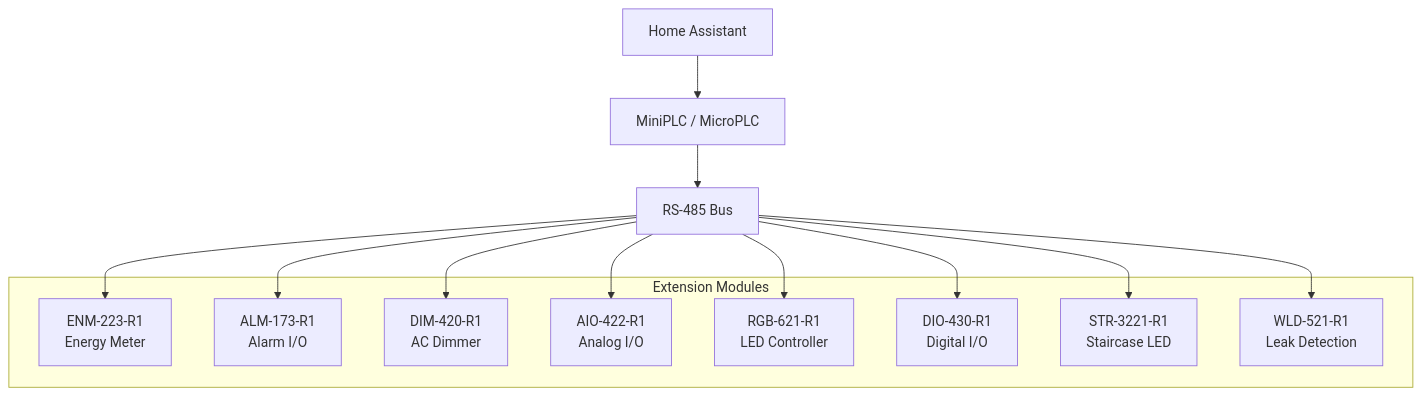
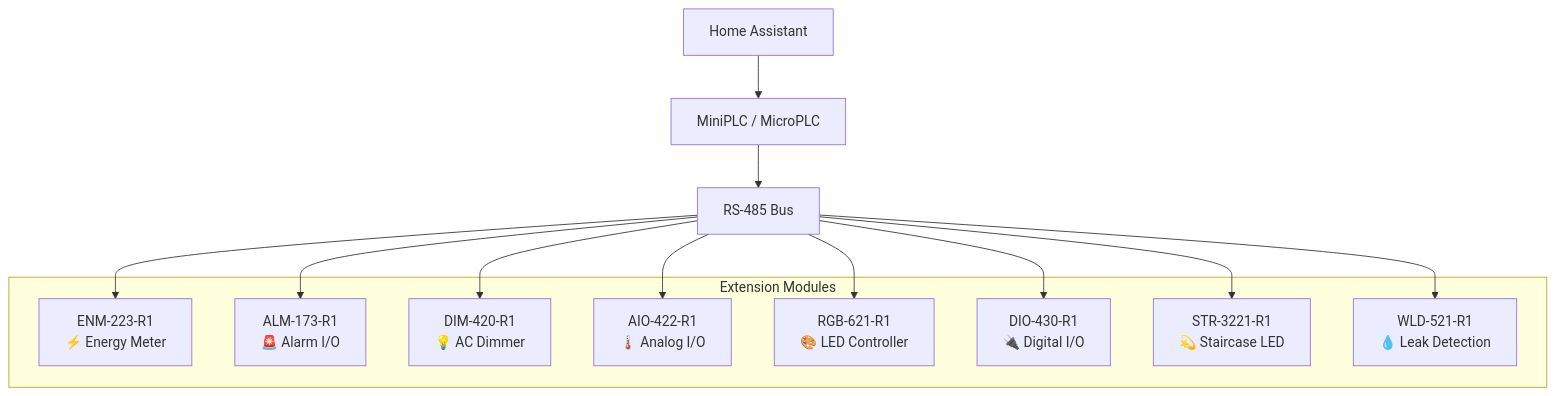
The second of 2 diagrams in README.md (isystemsautomation/HOMEMASTER), drawn with Mermaid before and after one commit. The commit also changed other lines of this file, not shown here.

````diff
--- a/README.md
+++ b/README.md
@@ -26,35 +39,25 @@
 ```mermaid
-flowchart TD
+graph TD
   HA[Home Assistant] --> PLC[MiniPLC / MicroPLC]
-  PLC --> RS485[RS-485 Bus]
+  PLC --> RS485[RS‑485 Bus]
 
-  subgraph Mods[Extension Modules]
-    ENM[ENM-223-R1<br/>Energy Meter]
-    ALM[ALM-173-R1<br/>Alarm I/O]
-    DIM[DIM-420-R1<br/>AC Dimmer]
-    AIO[AIO-422-R1<br/>Analog I/O]
-    RGB[RGB-621-R1<br/>LED Controller]
-    DIO[DIO-430-R1<br/>Digital I/O]
-    STR[STR-3221-R1<br/>Staircase LED]
-    WLD[WLD-521-R1<br/>Leak Detection]
+  subgraph Extension Modules
+    ENM[ENM‑223‑R1<br>⚡ Energy Meter]
+    ALM[ALM‑173‑R1<br>🚨 Alarm I/O]
+    DIM[DIM‑420‑R1<br>💡 AC Dimmer]
+    AIO[AIO‑422‑R1<br>🌡️ Analog I/O]
+    RGB[RGB‑621‑R1<br>🎨 LED Controller]
+    DIO[DIO‑430‑R1<br>🔌 Digital I/O]
+    STR[STR‑3221‑R1<br>💫 Staircase LED]
+    WLD[WLD‑521‑R1<br>💧 Leak Detection]
   end
 
   RS485 --> ENM
   RS485 --> ALM
   RS485 --> DIM
   RS485 --> AIO
   RS485 --> RGB
   RS485 --> DIO
   RS485 --> STR
   RS485 --> WLD
-
-  %% Clickable nodes to folders (works on GitHub)
-  click ENM href "./ENM-223-R1/"
-  click ALM href "./ALM-173-R1/"
-  click DIM href "./DIM-420-R1/"
-  click AIO href "./AIO-422-R1/"
-  click RGB href "./RGB-621-R1/"
-  click DIO href "./DIO-430-R1/"
-  click STR href "./STR-3221-R1/"
-  click WLD href "./WLD-521-R1/"
 ```
````
